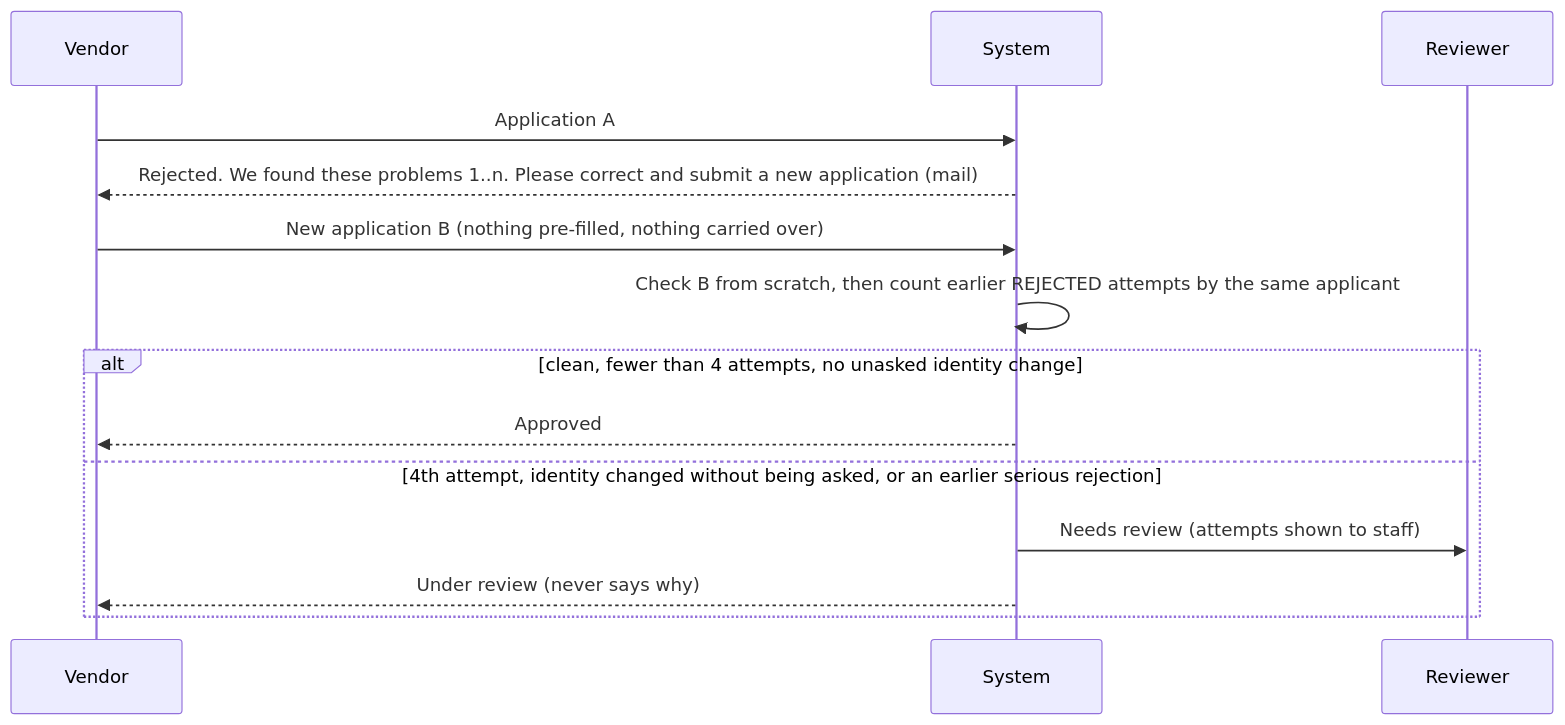
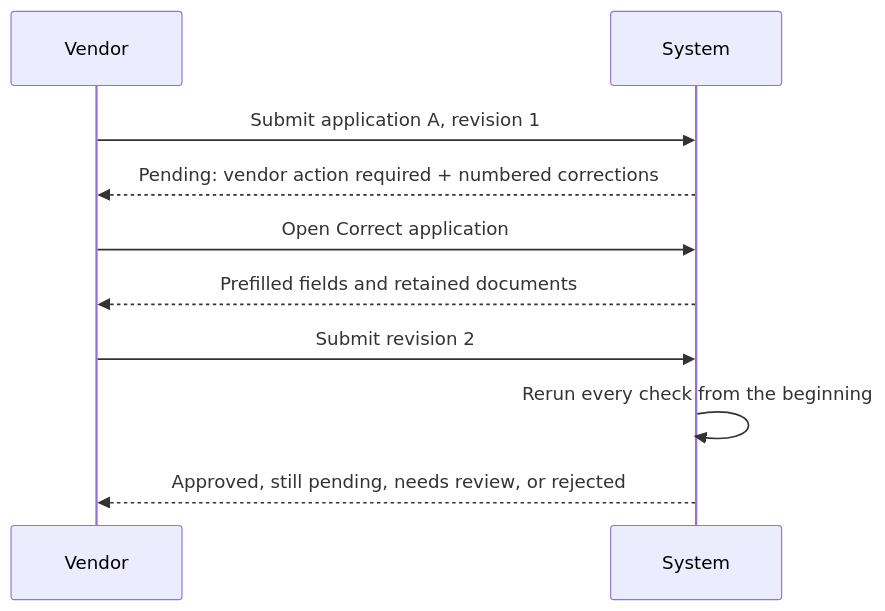
One commit to ShubhamK0802/vendor-onboarding-flask changed the third of 4 diagrams in docs/WORKFLOW.md. Above: the diagram before and after it, drawn with Mermaid. The commit also changed other lines of this file and 25 other files, not shown here.

````diff
--- a/docs/WORKFLOW.md
+++ b/docs/WORKFLOW.md
@@ -57,16 +44,12 @@
 ```mermaid
 sequenceDiagram
     participant V as Vendor
     participant S as System
-    participant R as Reviewer
-    V->>S: Application A
-    S-->>V: Rejected. We found these problems 1..n. Please correct and submit a new application (mail)
-    V->>S: New application B (nothing pre-filled, nothing carried over)
-    S->>S: Check B from scratch, then count earlier REJECTED attempts by the same applicant
-    alt clean, fewer than 4 attempts, no unasked identity change
-        S-->>V: Approved
-    else 4th attempt, identity changed without being asked, or an earlier serious rejection
-        S->>R: Needs review (attempts shown to staff)
-        S-->>V: Under review (never says why)
-    end
+    V->>S: Submit application A, revision 1
+    S-->>V: Pending: vendor action required + numbered corrections
+    V->>S: Open Correct application
+    S-->>V: Prefilled fields and retained documents
+    V->>S: Submit revision 2
+    S->>S: Rerun every check from the beginning
+    S-->>V: Approved, still pending, needs review, or rejected
 ```
````
